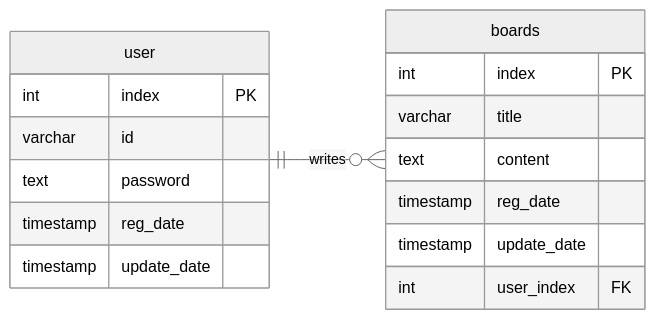
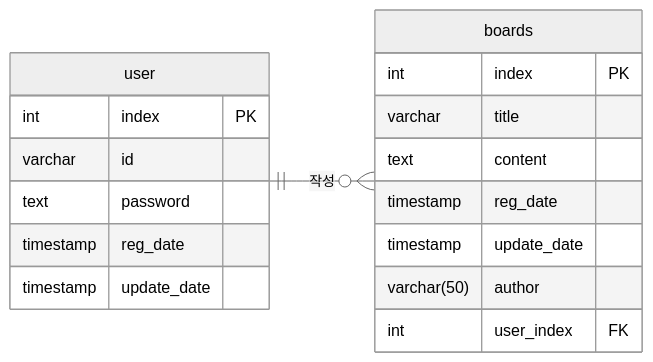
One commit to Tae-Geon-Kim/FastAPI-Community-Backend changed the diagram in README.md. Above: the diagram before and after it, drawn with Mermaid. The commit also changed other lines of this file, not shown here.

````diff
--- a/README.md
+++ b/README.md
@@ -95,23 +96,24 @@
 ```mermaid
 %%{init: {"theme": "neutral", "cssStyles": ".er.relationshipLabelBox { fill: white !important; fill-opacity: 1 !important; stroke: none !important; } .er.relationshipLabel { fill: black !important; }"}}%%
 erDiagram
     direction LR
 	user {
 		int index PK ""
 		varchar id  ""  
 		text password  ""  
 		timestamp reg_date  ""  
 		timestamp update_date  ""  
 	}
 
 	boards {
 		int index PK ""  
 		varchar title  ""  
 		text content  ""  
 		timestamp reg_date  ""  
-		timestamp update_date  ""  
-		int user_index FK ""  
+		timestamp update_date  ""
+		varchar(50) author ""
+		int user_index FK ""
 	}
 
-	user||--o{boards: "writes"
+	user||--o{boards: "작성"
 ```
````
